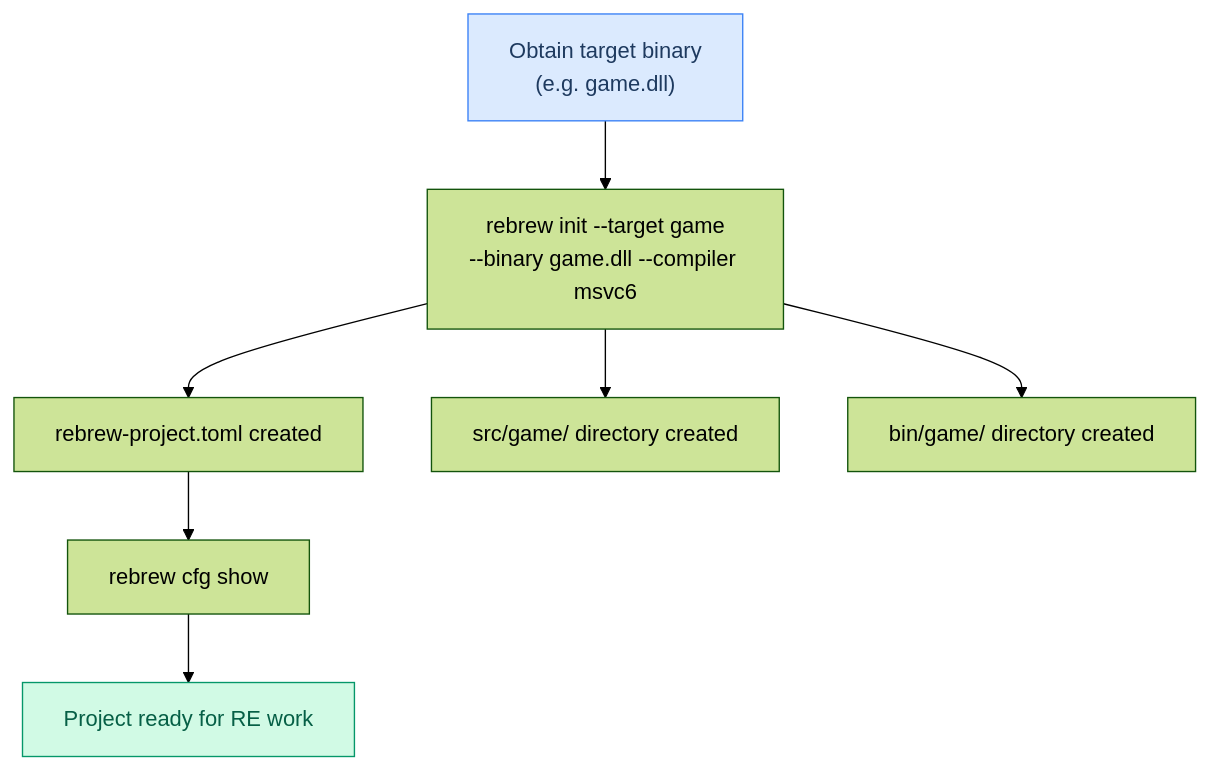
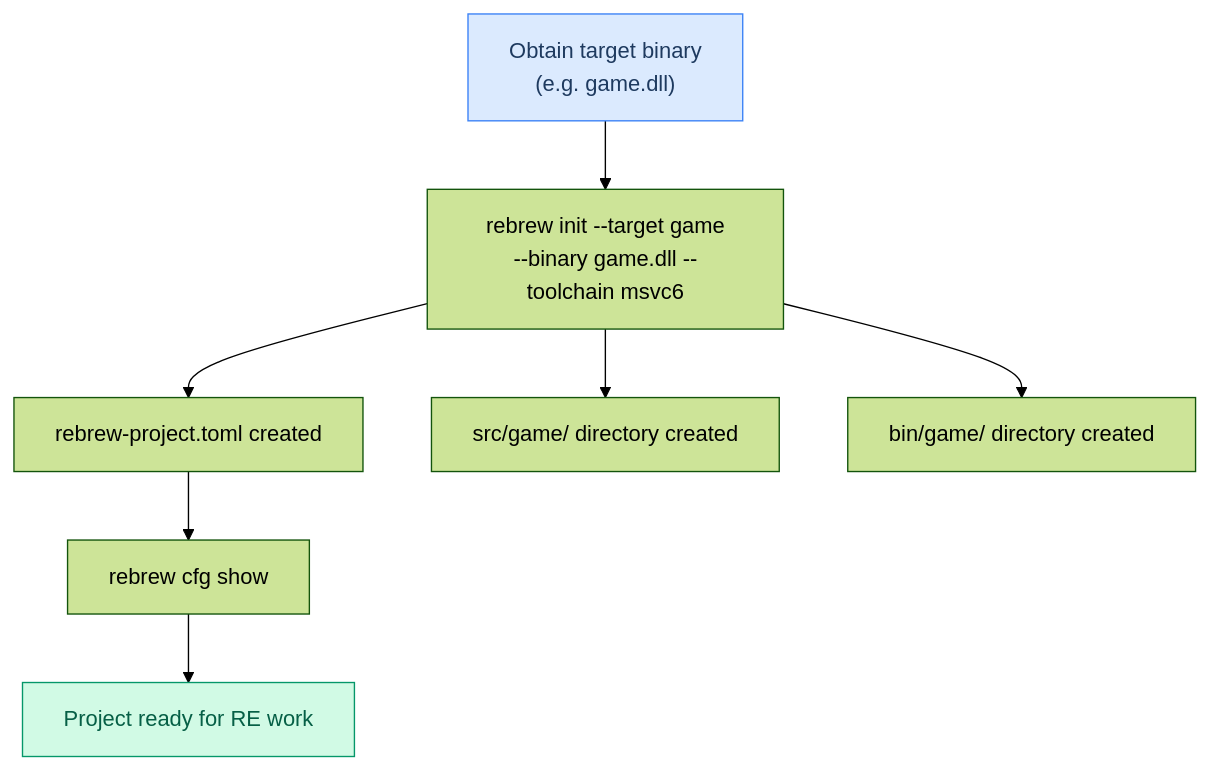
One commit to maci0/rebrew changed the first of 16 diagrams in docs/USER_STORIES.md. Above: the diagram before and after it, drawn with Mermaid (forest theme). The commit also changed 65 other files, not shown here.

````diff
--- a/docs/USER_STORIES.md
+++ b/docs/USER_STORIES.md
@@ -33,12 +33,12 @@
 ```mermaid
 graph TD
-    A["Obtain target binary<br/>(e.g. game.dll)"] --> B["rebrew init --target game<br/>--binary game.dll --compiler msvc6"]
+    A["Obtain target binary<br/>(e.g. game.dll)"] --> B["rebrew init --target game<br/>--binary game.dll --toolchain msvc6"]
     B --> C["rebrew-project.toml created"]
     B --> D["src/game/ directory created"]
     B --> E["bin/game/ directory created"]
     C --> F["rebrew cfg show"]
     F --> G["Project ready for RE work"]
 
     style A fill:#dbeafe,stroke:#3b82f6,color:#1e3a5f
     style G fill:#d1fae5,stroke:#059669,color:#065f46
 ```
````
